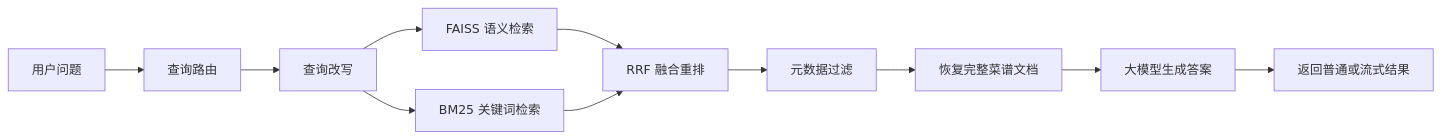
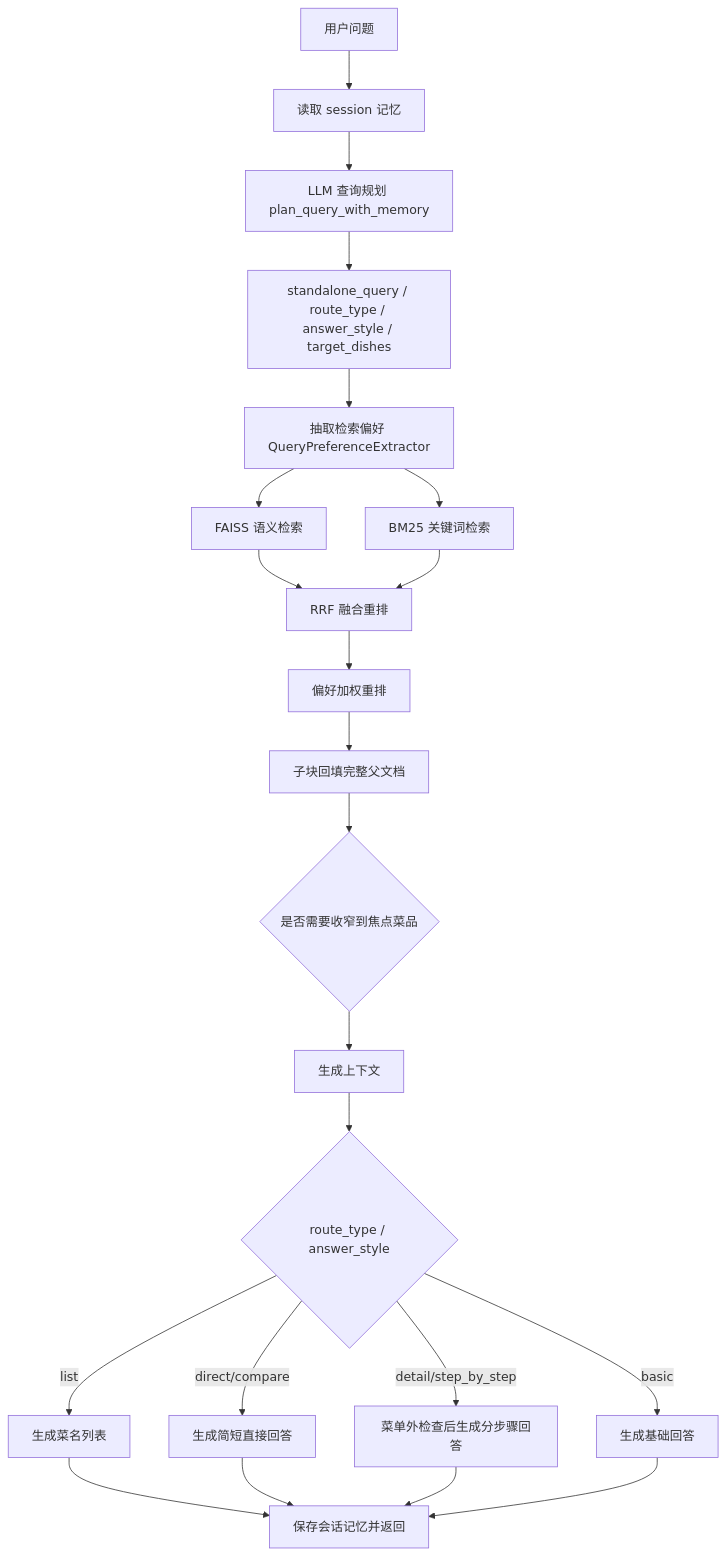
One commit to JJL0915/How-to-eat changed the diagram in README.md. Above: the diagram before and after it, drawn with Mermaid. The commit also changed other lines of this file and 19 other files, not shown here.

````diff
--- a/README.md
+++ b/README.md
@@ -179,13 +238,24 @@
 ```mermaid
-flowchart LR
-    A[用户问题] --> B[查询路由]
-    B --> C[查询改写]
-    C --> D[FAISS 语义检索]
-    C --> E[BM25 关键词检索]
-    D --> F[RRF 融合重排]
-    E --> F
-    F --> G[元数据过滤]
-    G --> H[恢复完整菜谱文档]
-    H --> I[大模型生成答案]
-    I --> J[返回普通或流式结果]
+flowchart TD
+    A["用户问题"] --> B["读取 session 记忆"]
+    B --> C["LLM 查询规划 plan_query_with_memory"]
+    C --> D["standalone_query / route_type / answer_style / target_dishes"]
+    D --> E["抽取检索偏好 QueryPreferenceExtractor"]
+    E --> F["FAISS 语义检索"]
+    E --> G["BM25 关键词检索"]
+    F --> H["RRF 融合重排"]
+    G --> H
+    H --> I["偏好加权重排"]
+    I --> J["子块回填完整父文档"]
+    J --> K{"是否需要收窄到焦点菜品"}
+    K --> L["生成上下文"]
+    L --> M{"route_type / answer_style"}
+    M -->|"list"| N["生成菜名列表"]
+    M -->|"direct/compare"| O["生成简短直接回答"]
+    M -->|"detail/step_by_step"| P["菜单外检查后生成分步骤回答"]
+    M -->|"basic"| Q["生成基础回答"]
+    N --> R["保存会话记忆并返回"]
+    O --> R
+    P --> R
+    Q --> R
 ```
````
